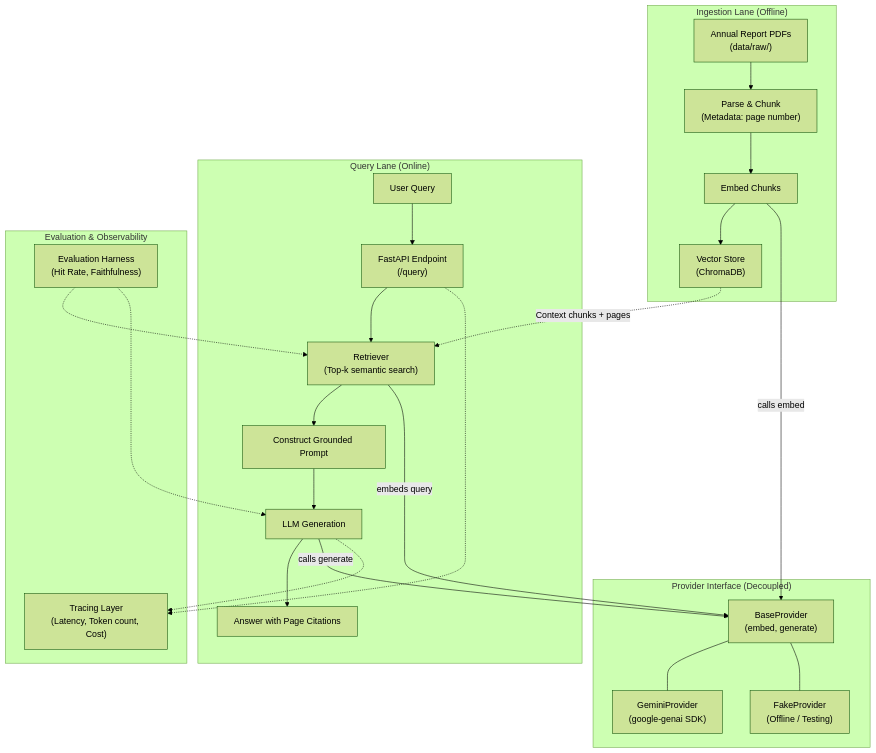
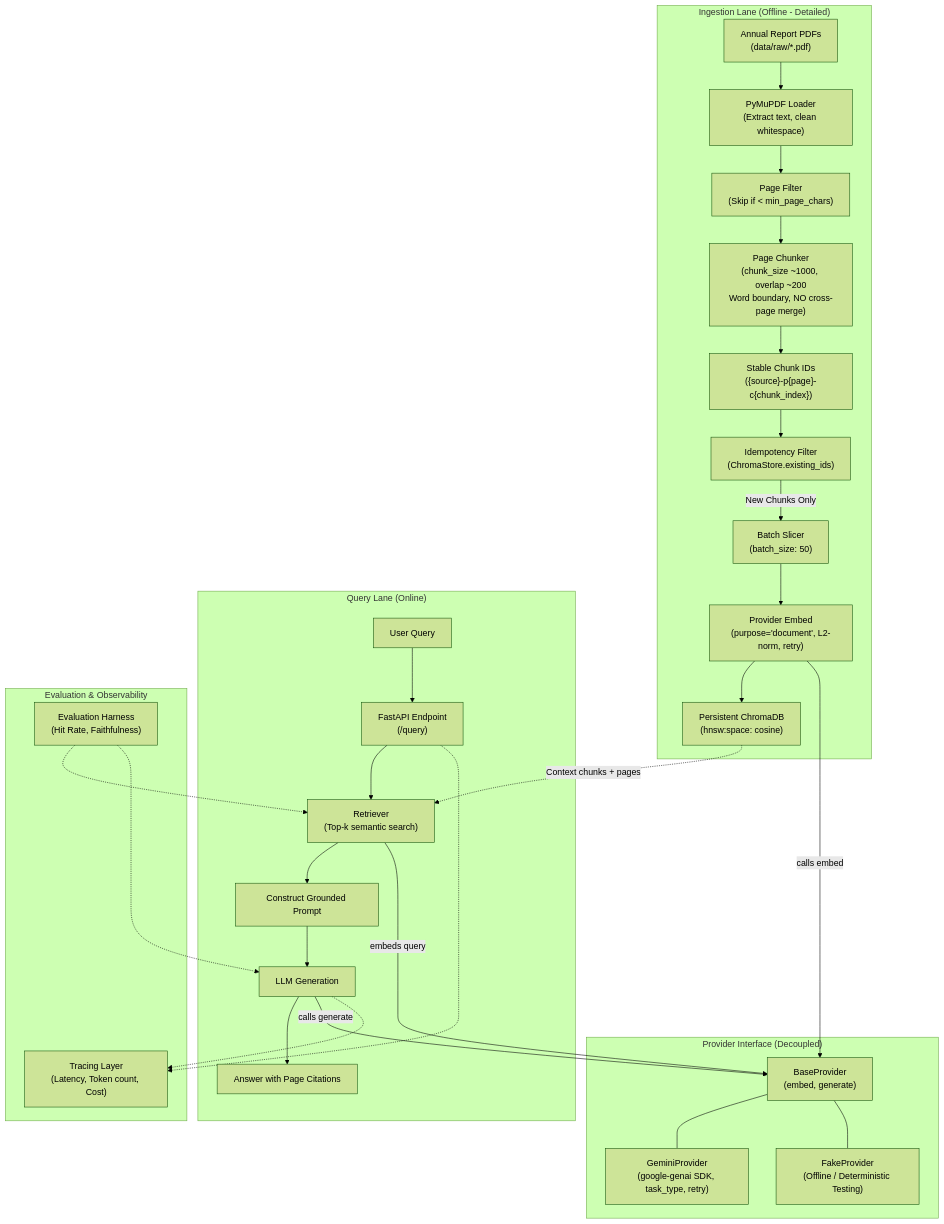
Before and after one commit to Musharraf-Bubere/annual-report-rag: the diagram in docs/02-architecture.md, drawn with Mermaid (forest theme). The commit also changed other lines of this file and 24 other files, not shown here.

````diff
--- a/docs/02-architecture.md
+++ b/docs/02-architecture.md
@@ -7,41 +7,46 @@
 ```mermaid
 flowchart TD
-    subgraph IngestionLane["Ingestion Lane (Offline)"]
-        DOCS["Annual Report PDFs<br/>(data/raw/)"] --> PARSE["Parse & Chunk<br/>(Metadata: page number)"]
-        PARSE --> EMB_CHUNKS["Embed Chunks"]
-        EMB_CHUNKS --> VSTORE["Vector Store<br/>(ChromaDB)"]
+    subgraph IngestionLane["Ingestion Lane (Offline - Detailed)"]
+        PDF["Annual Report PDFs<br/>(data/raw/*.pdf)"] --> LOAD["PyMuPDF Loader<br/>(Extract text, clean whitespace)"]
+        LOAD --> FILTER["Page Filter<br/>(Skip if < min_page_chars)"]
+        FILTER --> CHUNK["Page Chunker<br/>(chunk_size ~1000, overlap ~200<br/>Word boundary, NO cross-page merge)"]
+        CHUNK --> IDS["Stable Chunk IDs<br/>({source}-p{page}-c{chunk_index})"]
+        IDS --> DEDUP["Idempotency Filter<br/>(ChromaStore.existing_ids)"]
+        DEDUP -->|New Chunks Only| BATCH["Batch Slicer<br/>(batch_size: 50)"]
+        BATCH --> EMB_CALL["Provider Embed<br/>(purpose='document', L2-norm, retry)"]
+        EMB_CALL --> VSTORE["Persistent ChromaDB<br/>(hnsw:space: cosine)"]
     end
 
     subgraph QueryLane["Query Lane (Online)"]
         USER["User Query"] --> API["FastAPI Endpoint<br/>(/query)"]
         API --> RETRIEVE["Retriever<br/>(Top-k semantic search)"]
         VSTORE -.->|Context chunks + pages| RETRIEVE
         RETRIEVE --> PROMPT["Construct Grounded Prompt"]
         PROMPT --> LLM_CALL["LLM Generation"]
         LLM_CALL --> ANSWER["Answer with Page Citations"]
     end
 
     subgraph ProviderLayer["Provider Interface (Decoupled)"]
         BASE_PROV["BaseProvider<br/>(embed, generate)"]
-        GEMINI["GeminiProvider<br/>(google-genai SDK)"]
-        FAKE["FakeProvider<br/>(Offline / Testing)"]
+        GEMINI["GeminiProvider<br/>(google-genai SDK, task_type, retry)"]
+        FAKE["FakeProvider<br/>(Offline / Deterministic Testing)"]
         BASE_PROV --- GEMINI
         BASE_PROV --- FAKE
     end
 
     subgraph Observability["Evaluation & Observability"]
         TRACING["Tracing Layer<br/>(Latency, Token count, Cost)"]
         EVAL["Evaluation Harness<br/>(Hit Rate, Faithfulness)"]
     end
 
     %% Dependencies to Provider
-    EMB_CHUNKS -->|calls embed| BASE_PROV
+    EMB_CALL -->|calls embed| BASE_PROV
     RETRIEVE -->|embeds query| BASE_PROV
     LLM_CALL -->|calls generate| BASE_PROV
 
     %% Observability connections
     API -.-> TRACING
     LLM_CALL -.-> TRACING
     EVAL -.-> RETRIEVE
     EVAL -.-> LLM_CALL
 ```
````
